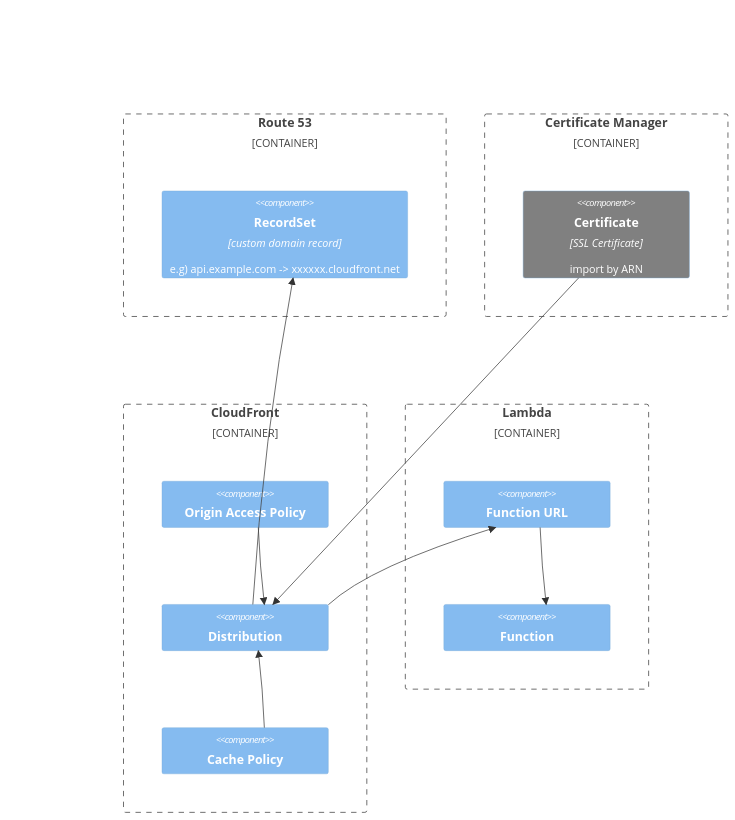
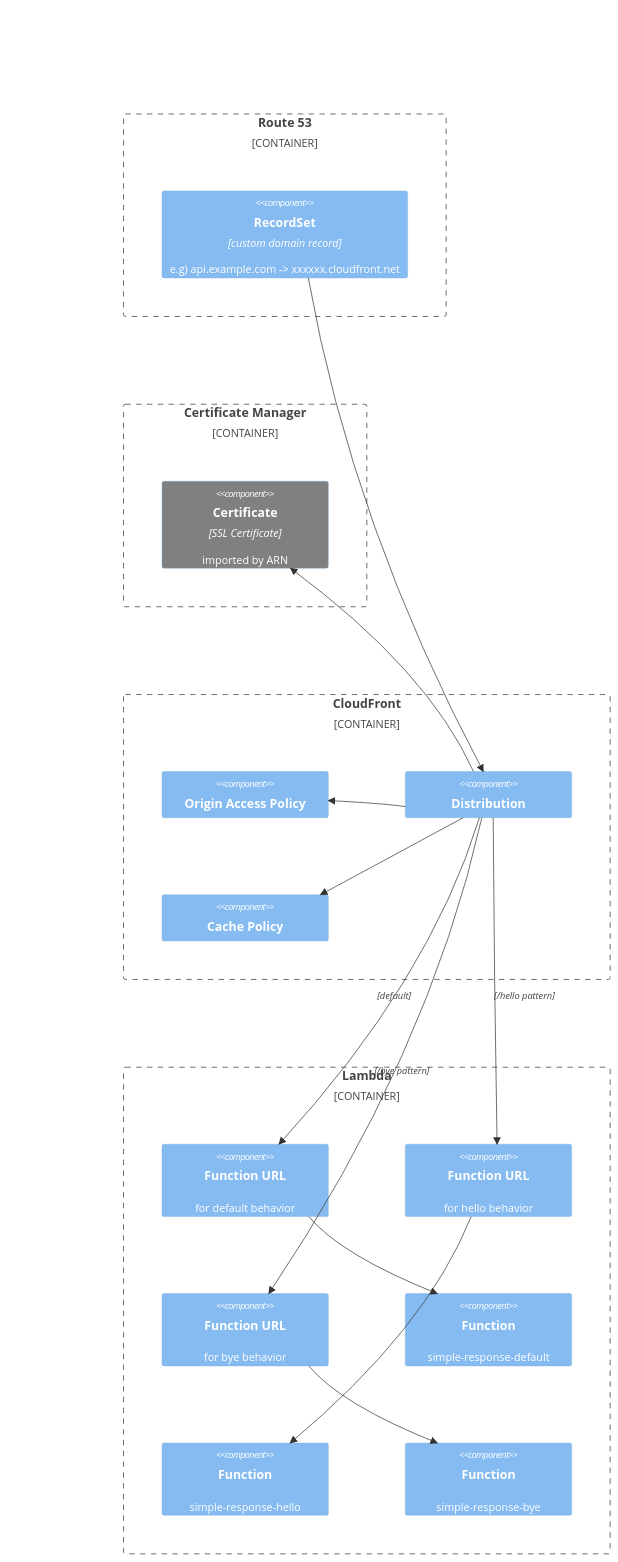
The diagram in lambda-function-urls-with-custom-domain/README.md (michimani/aws-cdk-go-examples), drawn with Mermaid before and after one commit. The commit also changed other lines of this file and 3 other files, not shown here.

````diff
--- a/lambda-function-urls-with-custom-domain/README.md
+++ b/lambda-function-urls-with-custom-domain/README.md
@@ -38,32 +45,44 @@
 ```mermaid
 C4Component
 
 
 Container_Boundary(r53, "Route 53") {
   Component(r, "RecordSet", "custom domain record","e.g) api.example.com -> xxxxxx.cloudfront.net")
 }
 
 Container_Boundary(acm, "Certificate Manager") {
-  Component(c, "Certificate", "SSL Certificate", "import by ARN")
+  Component(c, "Certificate", "SSL Certificate", "imported by ARN")
 }
 
 Container_Boundary(cf,"CloudFront") {
   Component(oap, "Origin Access Policy", "", "")
   Component(dist, "Distribution", "", "")
   Component(cp, "Cache Policy", "", "")
+  
+  Rel_L(dist, cp, "", "")
+  Rel_R(dist, oap,"", "")
 }
 
 Container_Boundary(lambda, "Lambda") {
-  Component(url, "Function URL", "", "")
-  Component(fn, "Function", "", "")
+  Component(url1, "Function URL", "", "for default behavior")
+  Component(url2, "Function URL", "", "for hello behavior")
+  Component(url3, "Function URL", "", "for bye behavior")
+  
+  Component(fn1, "Function", "", "simple-response-default")
+  Component(fn2, "Function", "", "simple-response-hello")
+  Component(fn3, "Function", "", "simple-response-bye")
+  
+  Rel(url1, fn1, "","")
+  Rel(url2, fn2, "","")
+  Rel(url3, fn3, "","")
 }
 
-Rel_D(c, dist, "", "")
-Rel_U(dist, r, "", "")
-Rel_Up(cp, dist,"", "")
-Rel_Up(oap, dist,"", "")
-Rel(dist, url, "","")
-Rel(url, fn, "","")
+Rel_D(dist, c, "", "")
+Rel_D(r, dist, "", "")
+Rel_D(dist, url1, "","default")
+Rel_D(dist, url2, "","/hello pattern")
+Rel_D(dist, url3, "","/bye pattern")
 
 UpdateElementStyle(c, $bgColor="grey")
+UpdateLayoutConfig($c4ShapeInRow="4", $c4BoundaryInRow="1")
 ```
````
